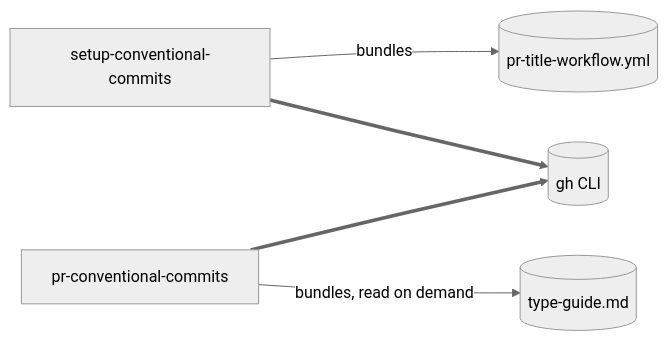
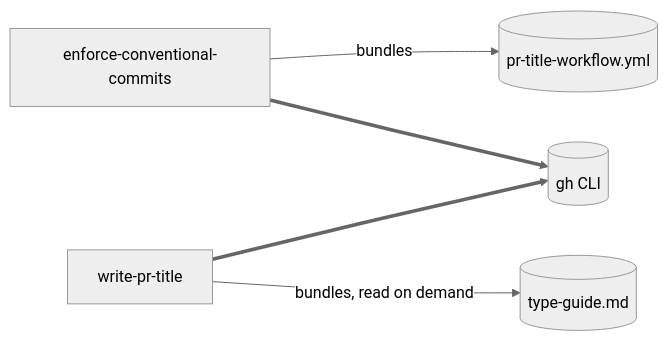
Before and after one commit to bryanknox/conventional-pr-titles: the diagram in docs/devs/architecture.md, drawn with Mermaid (neutral theme). The commit also changed other lines of this file and 30 other files, not shown here.

````diff
--- a/docs/devs/architecture.md
+++ b/docs/devs/architecture.md
@@ -9,13 +9,13 @@
 ```mermaid
 flowchart LR
-    A[setup-conventional-commits]
-    B[pr-conventional-commits]
+    A[enforce-conventional-commits]
+    B[write-pr-title]
     WT[(pr-title-workflow.yml)]
     TG[(type-guide.md)]
     GH[(gh CLI)]
 
     A -- bundles --> WT
     B -- bundles, read on demand --> TG
     A ==> GH
     B ==> GH
 ```
````
